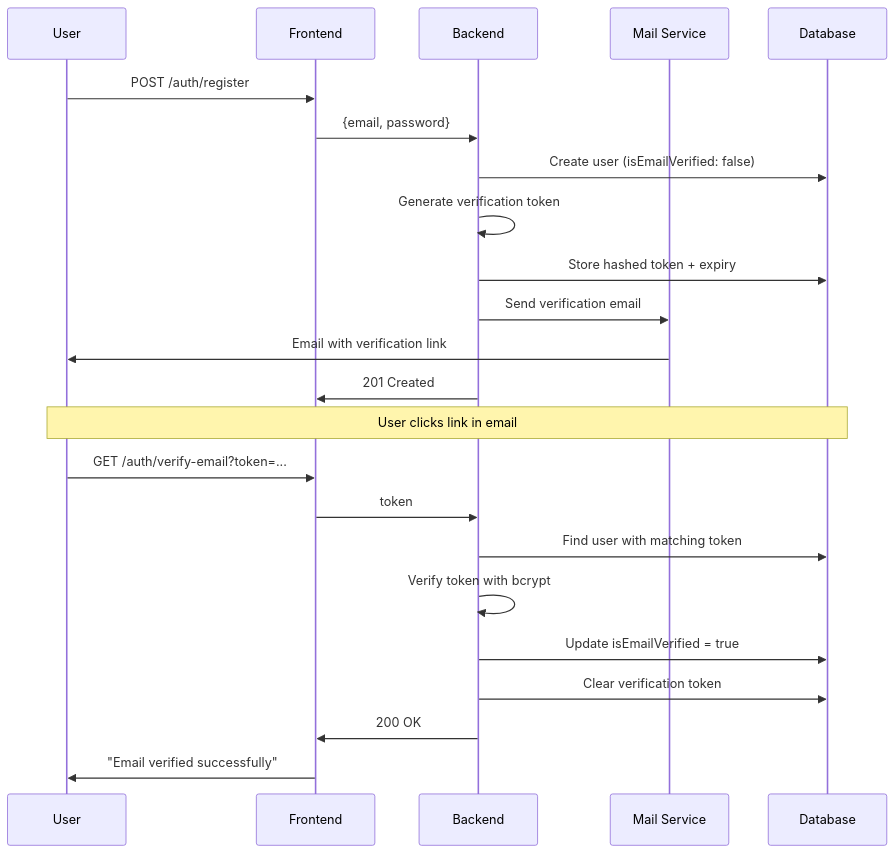
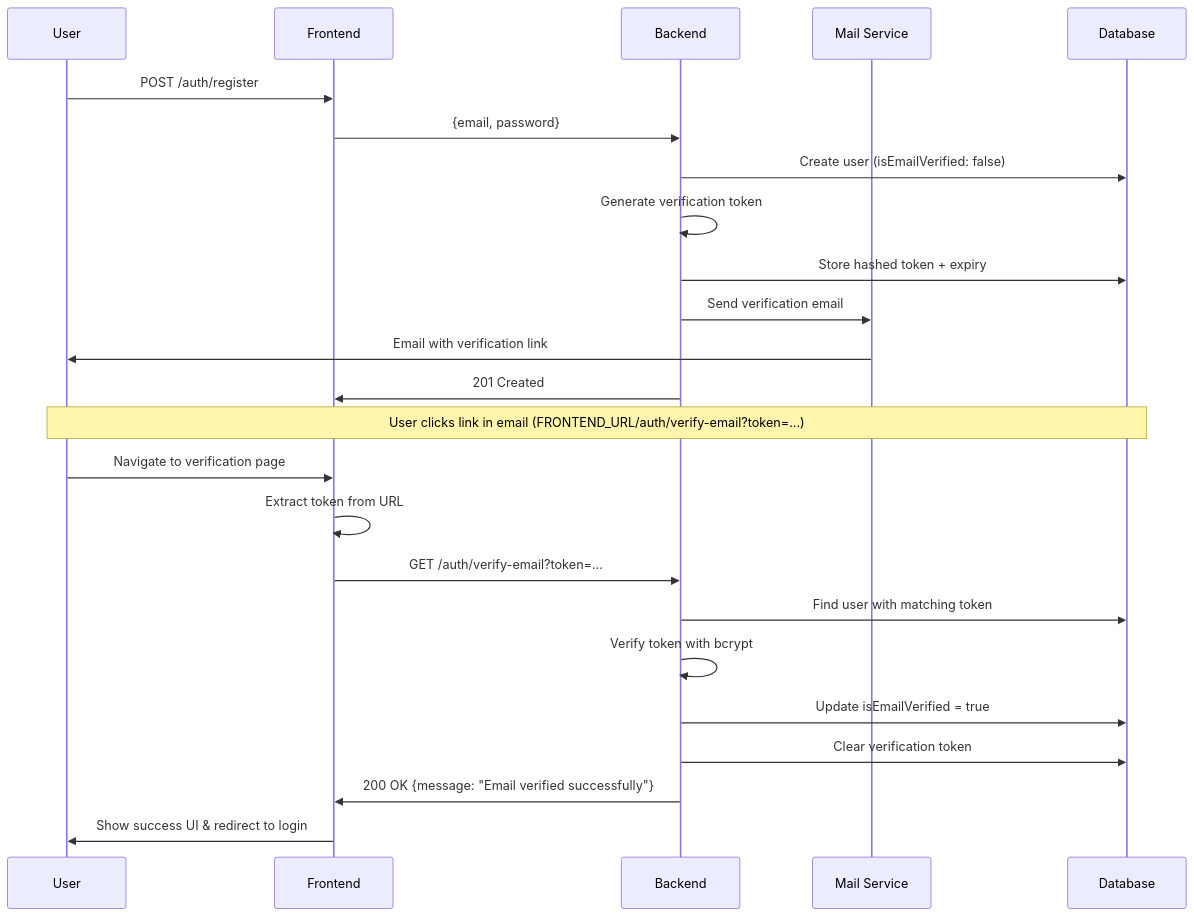
The diagram in documents/apis/auth/email-verification.md (kevinvuong-mim/mimkat-api), drawn with Mermaid before and after one commit. The commit also changed other lines of this file and 5 other files, not shown here.

````diff
--- a/documents/apis/auth/email-verification.md
+++ b/documents/apis/auth/email-verification.md
@@ -211,28 +219,29 @@
 ```mermaid
 sequenceDiagram
     participant U as User
     participant F as Frontend
     participant B as Backend
     participant M as Mail Service
     participant D as Database
 
     U->>F: POST /auth/register
     F->>B: {email, password}
     B->>D: Create user (isEmailVerified: false)
     B->>B: Generate verification token
     B->>D: Store hashed token + expiry
     B->>M: Send verification email
     M->>U: Email with verification link
     B->>F: 201 Created
 
-    Note over U,D: User clicks link in email
+    Note over U,D: User clicks link in email (FRONTEND_URL/auth/verify-email?token=...)
 
-    U->>F: GET /auth/verify-email?token=...
-    F->>B: token
+    U->>F: Navigate to verification page
+    F->>F: Extract token from URL
+    F->>B: GET /auth/verify-email?token=...
     B->>D: Find user with matching token
     B->>B: Verify token with bcrypt
     B->>D: Update isEmailVerified = true
     B->>D: Clear verification token
-    B->>F: 200 OK
-    F->>U: "Email verified successfully"
+    B->>F: 200 OK {message: "Email verified successfully"}
+    F->>U: Show success UI & redirect to login
 ```
````
